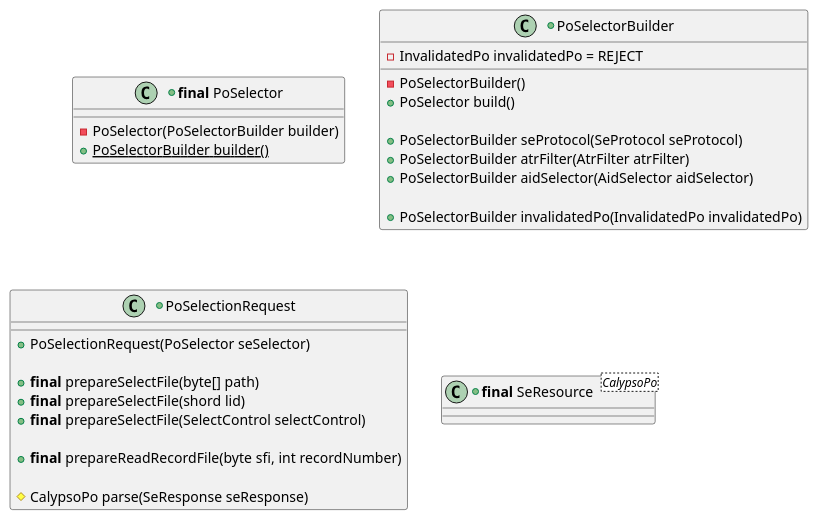
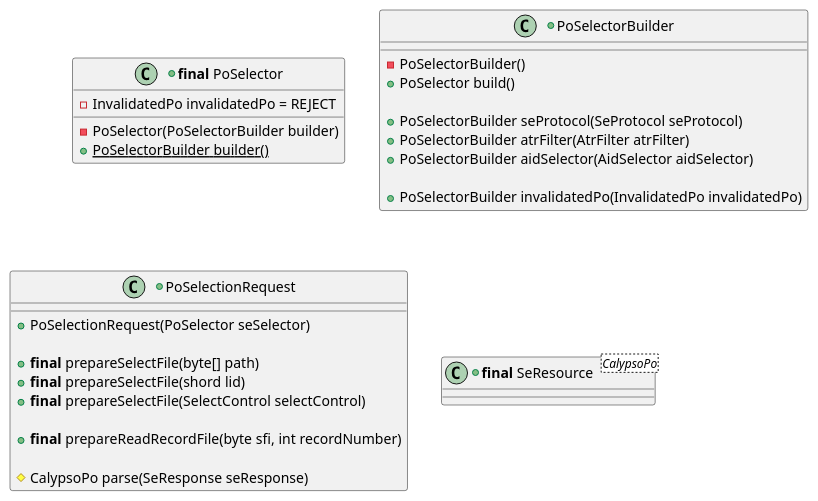
The fifth of 21 diagrams in src/KeypleCalypsoApi/Application/puml/KeypleCalypso-ApplicationApi-ClassDiag-Transaction-ClassElements.iuml (calypsonet/keyple), drawn with PlantUML before and after one commit. The commit also changed other lines of this file and 3 other files, not shown here.

```diff
--- a/src/KeypleCalypsoApi/Application/puml/KeypleCalypso-ApplicationApi-ClassDiag-Transaction-ClassElements.iuml
+++ b/src/KeypleCalypsoApi/Application/puml/KeypleCalypso-ApplicationApi-ClassDiag-Transaction-ClassElements.iuml
@@ -77,34 +77,34 @@
 @startuml(id=TRANSACTION_SELECTION_0_9)
 +class "<b>final</b> PoSelector" as PoSelector {
+  -InvalidatedPo invalidatedPo = REJECT
   -PoSelector(PoSelectorBuilder builder)
   +{static} PoSelectorBuilder builder()
 }
 
 +class PoSelectorBuilder {
-  -InvalidatedPo invalidatedPo = REJECT
   -PoSelectorBuilder()
   +PoSelector build()
 
   +PoSelectorBuilder seProtocol(SeProtocol seProtocol)
   +PoSelectorBuilder atrFilter(AtrFilter atrFilter)
   +PoSelectorBuilder aidSelector(AidSelector aidSelector)
 
   +PoSelectorBuilder invalidatedPo(InvalidatedPo invalidatedPo)
 }
 
 
 +class PoSelectionRequest {
   +PoSelectionRequest(PoSelector seSelector)
 
   +<b>final</b> prepareSelectFile(byte[] path)
   +<b>final</b> prepareSelectFile(shord lid)
   +<b>final</b> prepareSelectFile(SelectControl selectControl)
 
   +<b>final</b> prepareReadRecordFile(byte sfi, int recordNumber)
 
   #CalypsoPo parse(SeResponse seResponse)
 }
 
 +class "<b>final</b> SeResource<CalypsoPo>" as PoResource {
 }
 @enduml
```
